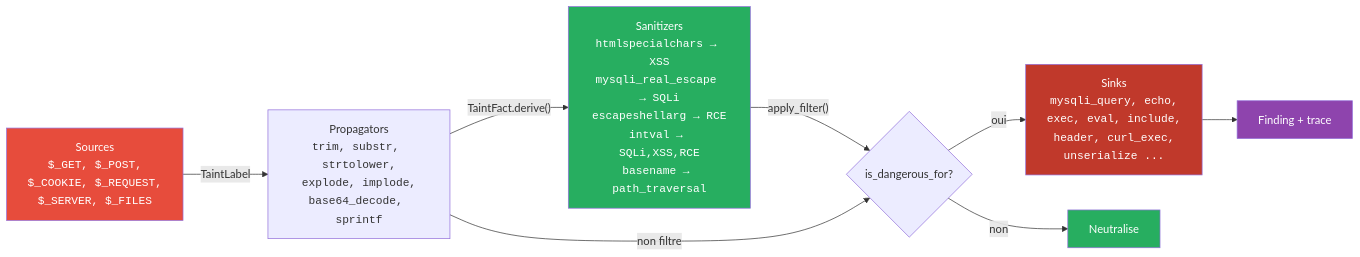
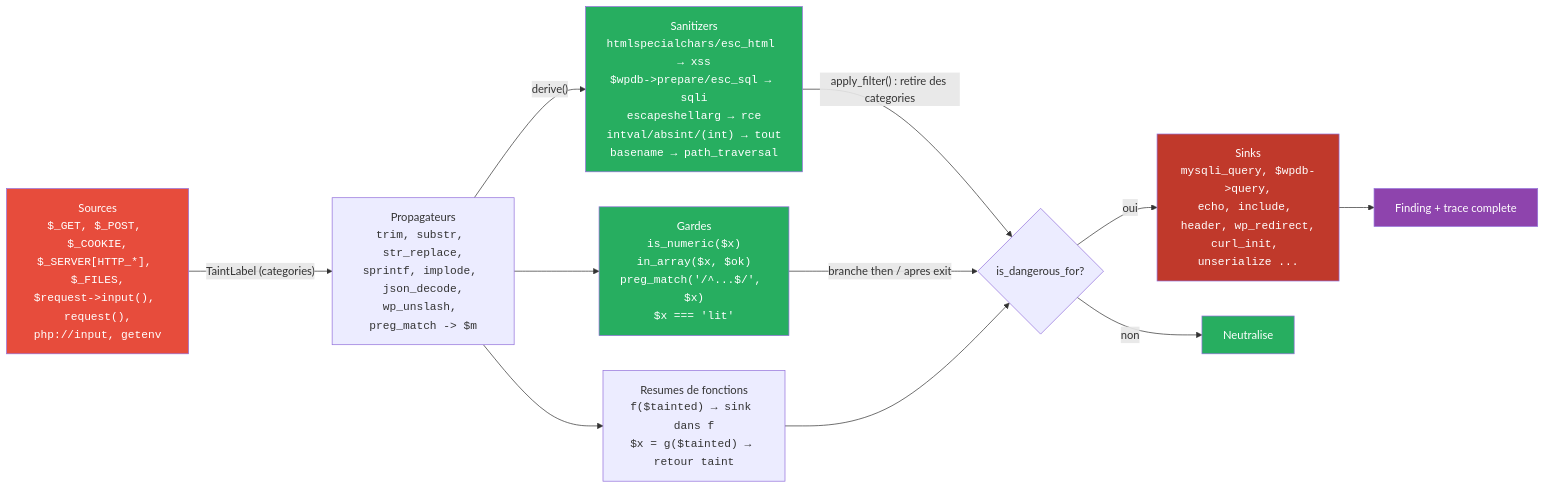
Before and after one commit to venantvr/Python.PHP.Whitebox: the third of 3 diagrams in README.md, drawn with Mermaid. The commit also changed other lines of this file and 42 other files, not shown here.

````diff
--- a/README.md
+++ b/README.md
@@ -246,21 +256,27 @@
 ```mermaid
 graph LR
-    Sources["Sources<br/><code>$_GET, $_POST,<br/>$_COOKIE, $_REQUEST,<br/>$_SERVER, $_FILES</code>"]
-    Propagators["Propagators<br/><code>trim, substr, strtolower,<br/>explode, implode,<br/>base64_decode, sprintf</code>"]
-    Filters["Sanitizers<br/><code>htmlspecialchars → XSS<br/>mysqli_real_escape → SQLi<br/>escapeshellarg → RCE<br/>intval → SQLi,XSS,RCE<br/>basename → path_traversal</code>"]
-    Sinks["Sinks<br/><code>mysqli_query, echo,<br/>exec, eval, include,<br/>header, curl_exec,<br/>unserialize ...</code>"]
+    Sources["Sources<br/><code>$_GET, $_POST, $_COOKIE,<br/>$_SERVER[HTTP_*], $_FILES,<br/>$request->input(), request(),<br/>php://input, getenv</code>"]
+    Propagators["Propagateurs<br/><code>trim, substr, str_replace,<br/>sprintf, implode, json_decode,<br/>wp_unslash, preg_match -> $m</code>"]
+    Filters["Sanitizers<br/><code>htmlspecialchars/esc_html → xss<br/>$wpdb->prepare/esc_sql → sqli<br/>escapeshellarg → rce<br/>intval/absint/(int) → tout<br/>basename → path_traversal</code>"]
+    Guards["Gardes<br/><code>is_numeric($x)<br/>in_array($x, $ok)<br/>preg_match('/^...$/', $x)<br/>$x === 'lit'</code>"]
+    Summaries["Resumes de fonctions<br/><code>f($tainted) → sink dans f<br/>$x = g($tainted) → retour taint</code>"]
+    Sinks["Sinks<br/><code>mysqli_query, $wpdb->query,<br/>echo, <?=, system, eval,<br/>include, header, wp_redirect,<br/>curl_init, unserialize ...</code>"]
 
-    Sources -->|"TaintLabel"| Propagators
-    Propagators -->|"TaintFact.derive()"| Filters
-    Filters -->|"apply_filter()"| Decision{is_dangerous_for?}
-    Propagators -->|"non filtre"| Decision
+    Sources -->|"TaintLabel (categories)"| Propagators
+    Propagators -->|"derive()"| Filters
+    Propagators --> Guards
+    Propagators --> Summaries
+    Filters -->|"apply_filter() : retire des categories"| Decision{is_dangerous_for?}
+    Guards -->|"branche then / apres exit"| Decision
+    Summaries --> Decision
     Decision -->|"oui"| Sinks
     Decision -->|"non"| Safe["Neutralise"]
-    Sinks --> Finding["Finding + trace"]
+    Sinks --> Finding["Finding + trace complete"]
 
     style Sources fill:#e74c3c,color:#fff
     style Sinks fill:#c0392b,color:#fff
     style Filters fill:#27ae60,color:#fff
+    style Guards fill:#27ae60,color:#fff
     style Safe fill:#27ae60,color:#fff
     style Finding fill:#8e44ad,color:#fff
 ```
````
